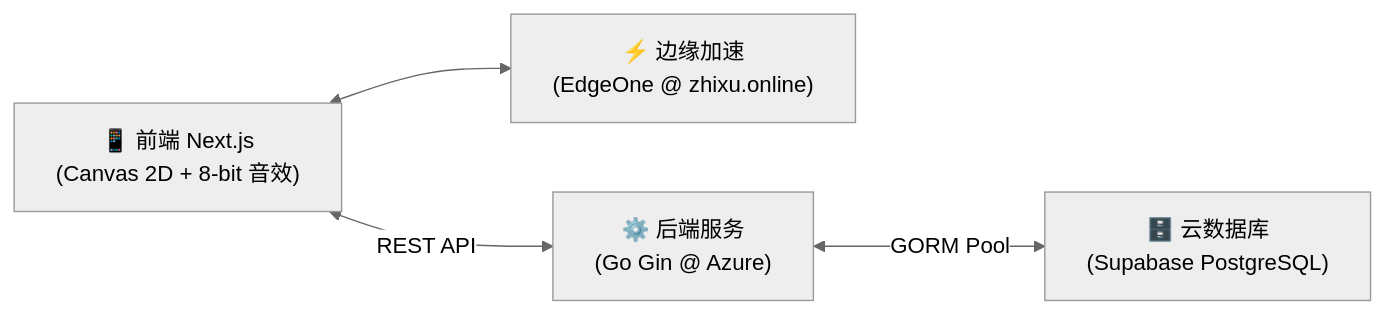
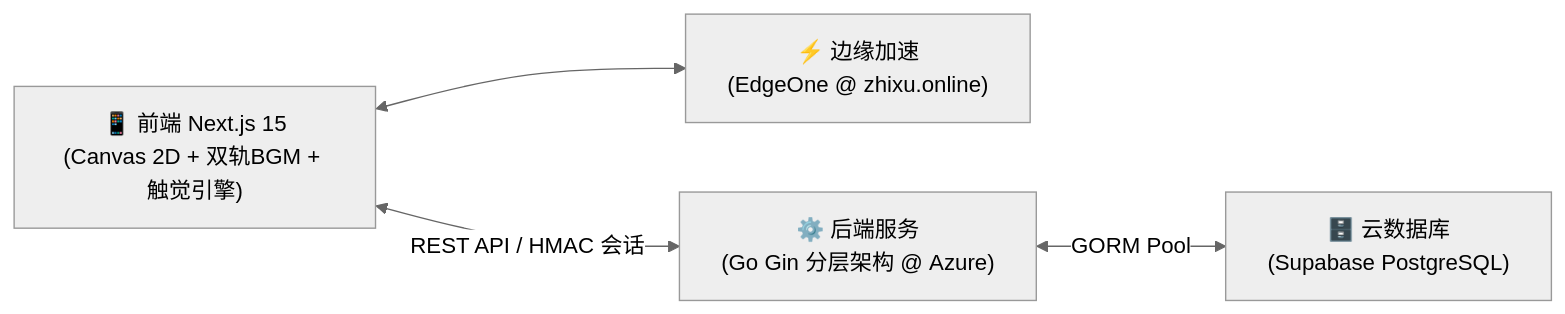
One commit to LFK404/TanChiShe changed the diagram in README.md. Above: the diagram before and after it, drawn with Mermaid (neutral theme). The commit also changed other lines of this file and 1 other file, not shown here.

````diff
--- a/README.md
+++ b/README.md
@@ -15,11 +15,11 @@
 ```mermaid
 flowchart LR
-    Client["📱 前端 Next.js<br>(Canvas 2D + 8-bit 音效)"]
+    Client["📱 前端 Next.js 15<br>(Canvas 2D + 双轨BGM + 触觉引擎)"]
     CDN["⚡ 边缘加速<br>(EdgeOne @ zhixu.online)"]
-    Backend["⚙️ 后端服务<br>(Go Gin @ Azure)"]
+    Backend["⚙️ 后端服务<br>(Go Gin 分层架构 @ Azure)"]
     DB["🗄️ 云数据库<br>(Supabase PostgreSQL)"]
 
     Client <--> CDN
-    Client <-->|REST API| Backend
+    Client <-->|REST API / HMAC 会话| Backend
     Backend <-->|GORM Pool| DB
 ```
````
